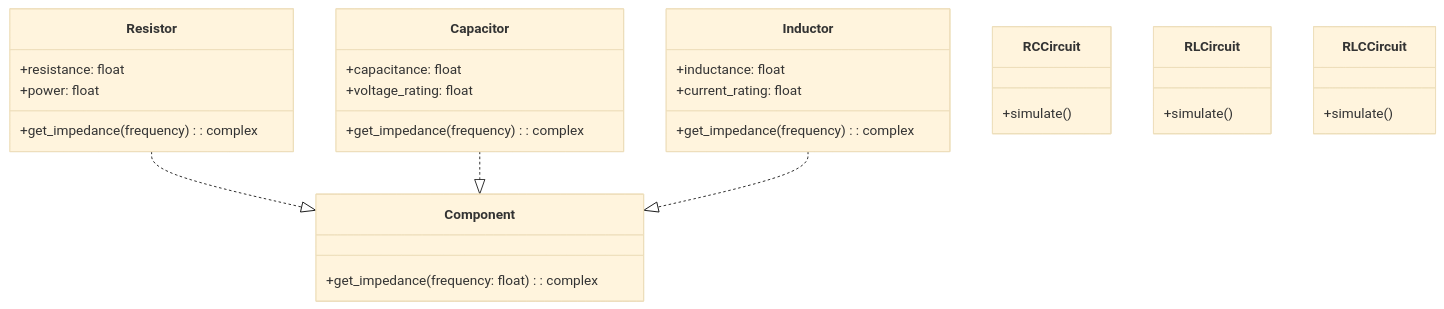
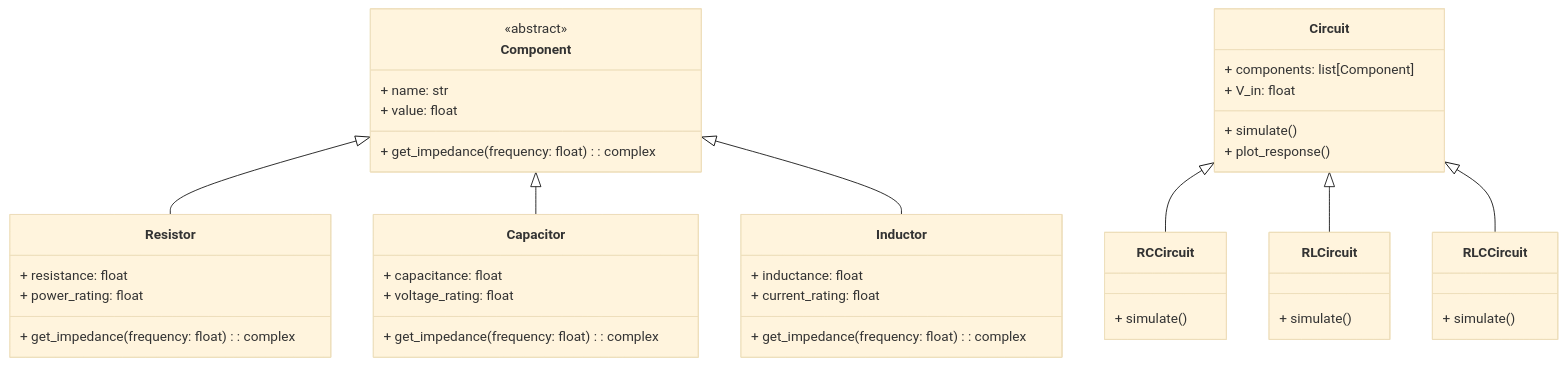
Before and after one commit to jmunozpe/CircuitSimulator: the diagram in README.md, drawn with Mermaid (base theme).

````diff
--- a/README.md
+++ b/README.md
@@ -21,28 +21,56 @@
 ```mermaid
 classDiagram
+direction TB
+
     class Component {
-        +get_impedance(frequency: float): complex
+        <<abstract>>
+        + name: str
+        + value: float
+        + get_impedance(frequency: float): complex
     }
+
     class Resistor {
-        +resistance: float
-        +power: float
-        +get_impedance(frequency): complex
+        + resistance: float
+        + power_rating: float
+        + get_impedance(frequency: float): complex
     }
+
     class Capacitor {
-        +capacitance: float
-        +voltage_rating: float
-        +get_impedance(frequency): complex
+        + capacitance: float
+        + voltage_rating: float
+        + get_impedance(frequency: float): complex
     }
+
     class Inductor {
-        +inductance: float
-        +current_rating: float
-        +get_impedance(frequency): complex
+        + inductance: float
+        + current_rating: float
+        + get_impedance(frequency: float): complex
     }
-    class RCCircuit { +simulate() }
-    class RLCircuit { +simulate() }
-    class RLCCircuit { +simulate() }
 
-    Resistor ..|> Component
-    Capacitor ..|> Component
-    Inductor ..|> Component
+    class Circuit {
+        + components: list[Component]
+        + V_in: float
+        + simulate()
+        + plot_response()
+    }
+
+    class RCCircuit {
+        + simulate()
+    }
+
+    class RLCircuit {
+        + simulate()
+    }
+
+    class RLCCircuit {
+        + simulate()
+    }
+
+    Component <|-- Resistor
+    Component <|-- Capacitor
+    Component <|-- Inductor
+    Circuit <|-- RCCircuit
+    Circuit <|-- RLCircuit
+    Circuit <|-- RLCCircuit
+
 ```
````
